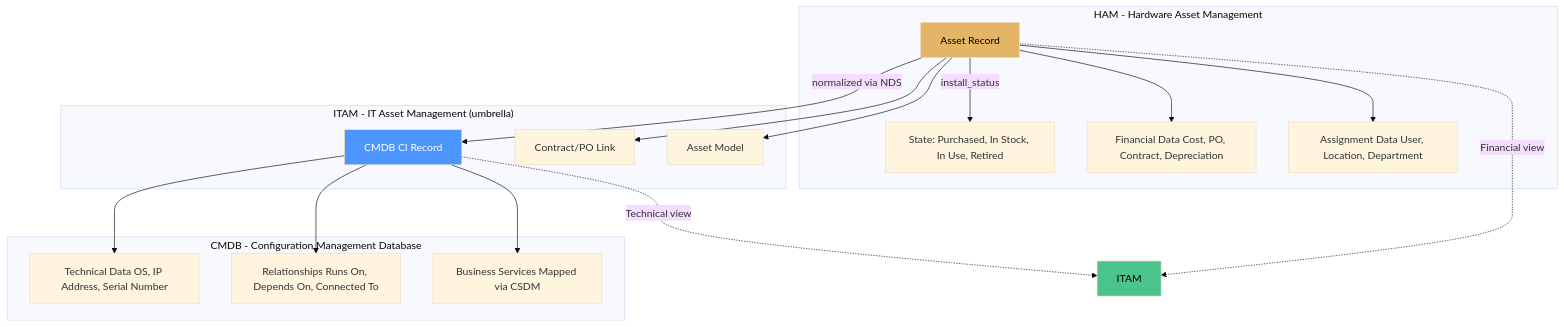
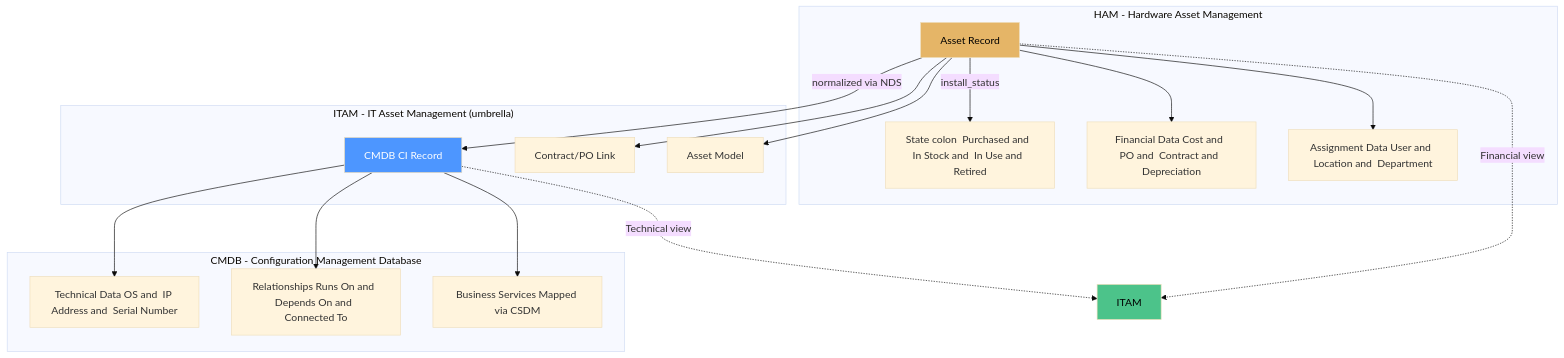
Before and after one commit to eltonaguiar/ServiceNow_Learning_TSOM-_CSM_FSM_SalesCRM_HAM_ITSM: the sixth of 9 diagrams in docs/modules/ham/ham-guide.md, drawn with Mermaid (base theme). The commit also changed other lines of this file and 19 other files, not shown here.

Commit message:
Fix all Mermaid diagram special characters - replace dollar, parens, slashes, quotes, pipes, nested brackets and other unsafe chars inside brackets with safe alternatives across 19 files

````diff
--- a/docs/modules/ham/ham-guide.md
+++ b/docs/modules/ham/ham-guide.md
@@ -540,30 +540,30 @@
 ```mermaid
 flowchart TD
     subgraph "HAM  -  Hardware Asset Management"
-        HAM[Asset Record] -->|install_status| STATE[State: Purchased, In Stock, In Use, Retired]
-        HAM --> FIN[Financial Data Cost, PO, Contract, Depreciation]
-        HAM --> ASG[Assignment Data User, Location, Department]
+        HAM[Asset Record] -->|install_status| STATE[State colon  Purchased and  In Stock and  In Use and  Retired]
+        HAM --> FIN[Financial Data Cost and  PO and  Contract and  Depreciation]
+        HAM --> ASG[Assignment Data User and  Location and  Department]
     end
     
     subgraph "ITAM  -  IT Asset Management (umbrella)"
         HAM -->|normalized via NDS| CMDB[CMDB CI Record]
         HAM --> CONTRACT[Contract/PO Link]
         HAM --> MODEL[Asset Model]
     end
     
     subgraph "CMDB  -  Configuration Management Database"
-        CMDB --> TEC[Technical Data OS, IP Address, Serial Number]
-        CMDB --> REL[Relationships Runs On, Depends On, Connected To]
+        CMDB --> TEC[Technical Data OS and  IP Address and  Serial Number]
+        CMDB --> REL[Relationships Runs On and  Depends On and  Connected To]
         CMDB --> SERVICES[Business Services Mapped via CSDM]
     end
     
     HAM -.->|Financial view| ITAM
     CMDB -.->|Technical view| ITAM
     
     style HAM fill:#e5b567,color:#000
     style ITAM fill:#4cc38a,color:#000
     style CMDB fill:#4d96ff,color:#fff
     
     
     
 ```
````
